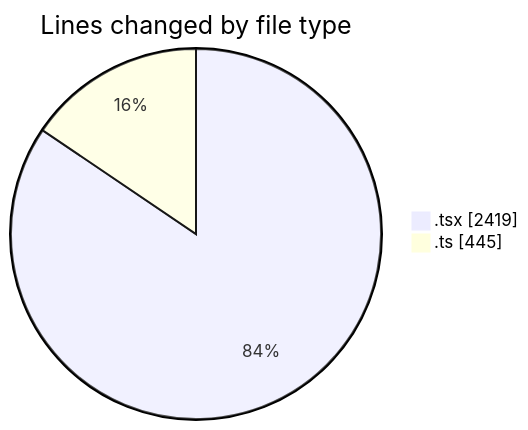
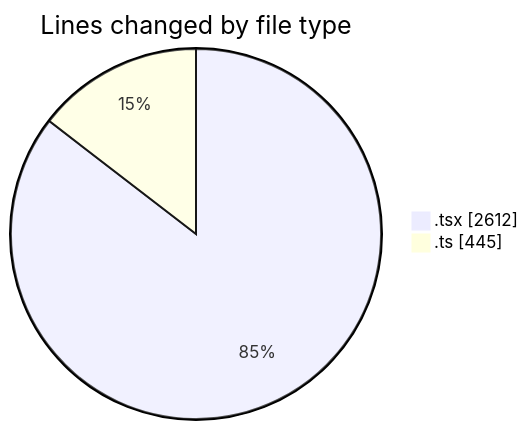
One commit to momahboobian/code-tracking changed the first of 2 diagrams in 2025-09-24/cda/README.md. Above: the diagram before and after it, drawn with Mermaid. The commit also changed other lines of this file and 1 other file, not shown here.

````diff
--- a/2025-09-24/cda/README.md
+++ b/2025-09-24/cda/README.md
@@ -31,6 +32,6 @@
 ```mermaid
 pie showData
 title Lines changed by file type
-".tsx" : 2419
+".tsx" : 2612
 ".ts" : 445
 ```
````
